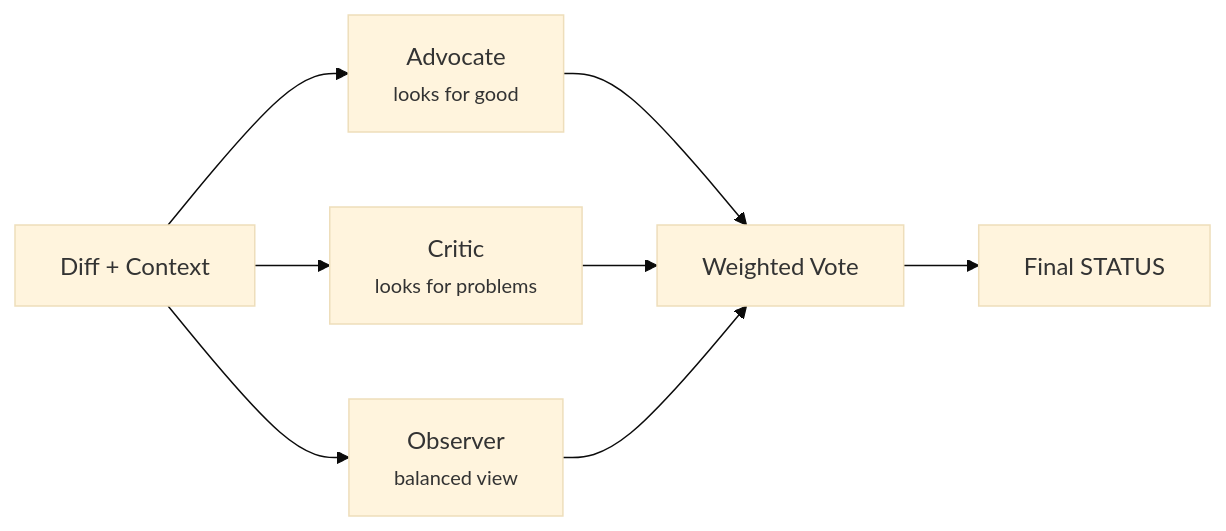
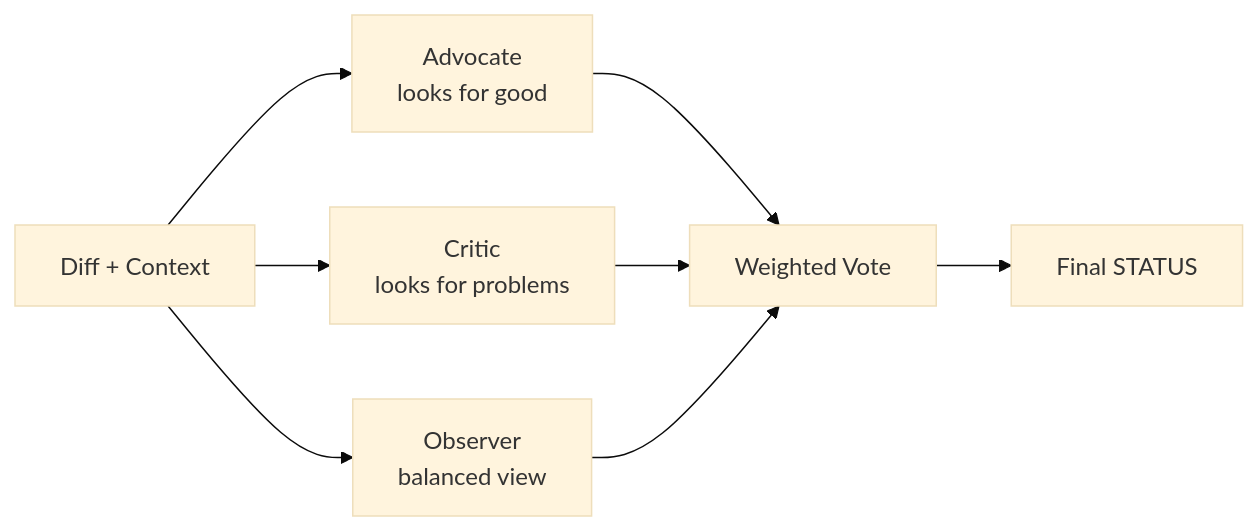
One commit to actions-marketplace-validations/JNZader_ghagga changed the third of 3 diagrams in docs/review-modes.md. Above: the diagram before and after it, drawn with Mermaid (base theme). The commit also changed other lines of this file and 7 other files, not shown here.

First line of the commit message:
fix(docs): remove <small> tags from Mermaid diagrams

````diff
--- a/docs/review-modes.md
+++ b/docs/review-modes.md
@@ -58,10 +58,10 @@
 ```mermaid
 flowchart LR
-  Input["Diff + Context"] --> A["Advocate<br/><small>looks for good</small>"]
-  Input --> C["Critic<br/><small>looks for problems</small>"]
-  Input --> O["Observer<br/><small>balanced view</small>"]
+  Input["Diff + Context"] --> A["Advocate<br/>looks for good"]
+  Input --> C["Critic<br/>looks for problems"]
+  Input --> O["Observer<br/>balanced view"]
   A --> Vote["Weighted Vote"]
   C --> Vote
   O --> Vote
   Vote --> Status["Final STATUS"]
 ```
````
